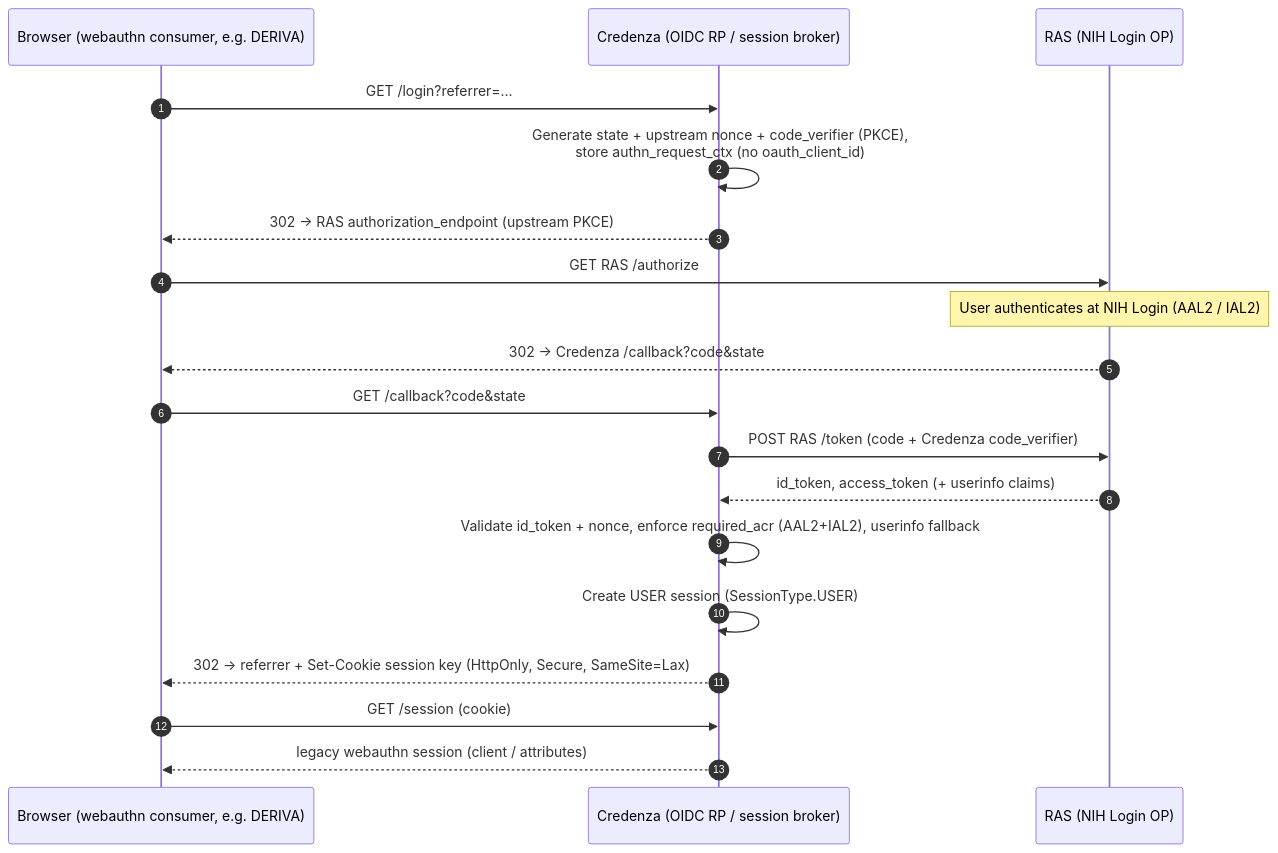
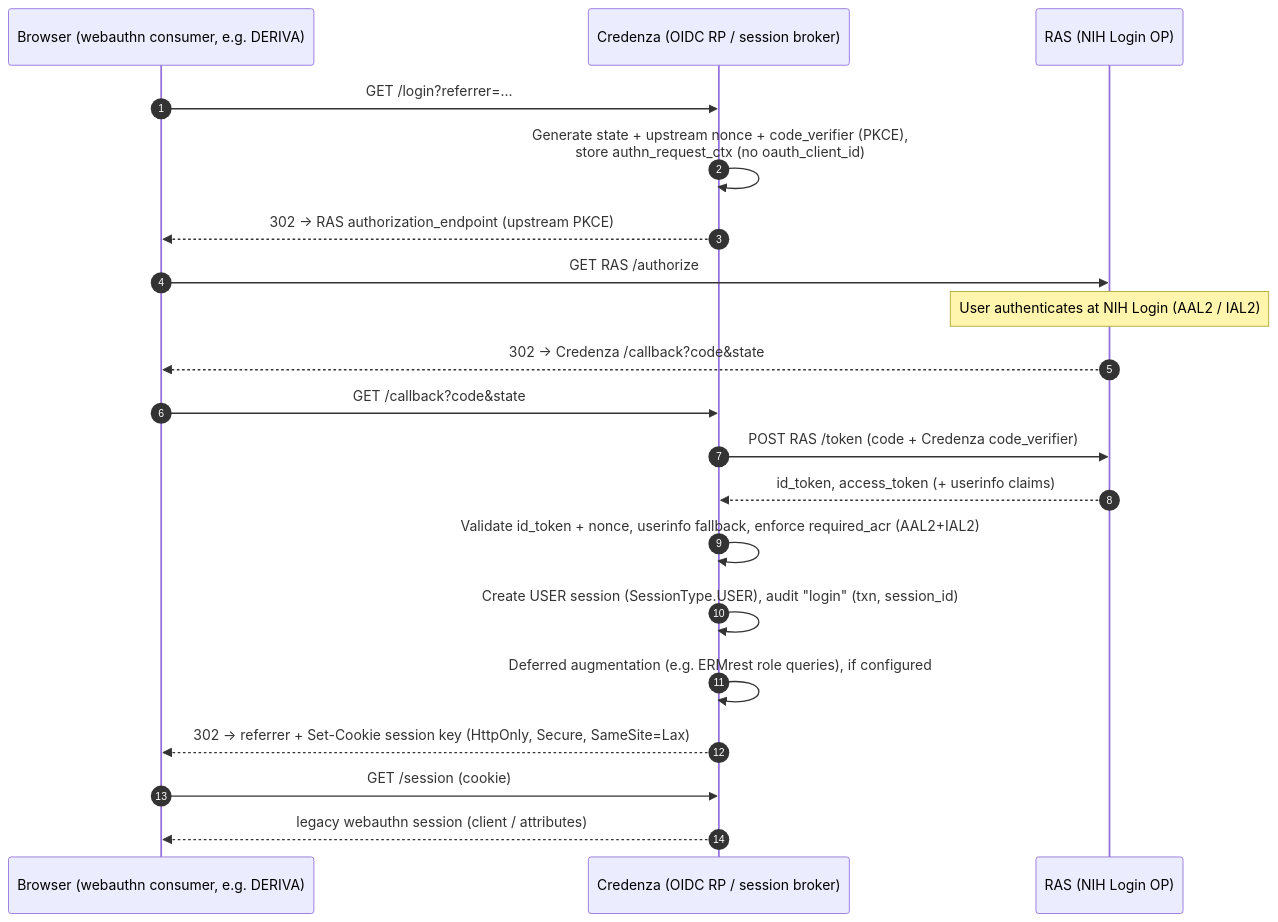
Before and after one commit to informatics-isi-edu/credenza: the second of 4 diagrams in docs/nih-ras-oidc-flows.md, drawn with Mermaid. The commit also changed other lines of this file and 16 other files, not shown here.

````diff
--- a/docs/nih-ras-oidc-flows.md
+++ b/docs/nih-ras-oidc-flows.md
@@ -135,22 +166,23 @@
 ```mermaid
 sequenceDiagram
     autonumber
     participant C as Browser (webauthn consumer, e.g. DERIVA)
     participant Z as Credenza (OIDC RP / session broker)
     participant R as RAS (NIH Login OP)
 
     C->>Z: GET /login?referrer=...
     Z->>Z: Generate state + upstream nonce + code_verifier (PKCE),<br/>store authn_request_ctx (no oauth_client_id)
     Z-->>C: 302 -> RAS authorization_endpoint (upstream PKCE)
     C->>R: GET RAS /authorize
     Note over R: User authenticates at NIH Login (AAL2 / IAL2)
     R-->>C: 302 -> Credenza /callback?code&state
     C->>Z: GET /callback?code&state
     Z->>R: POST RAS /token (code + Credenza code_verifier)
     R-->>Z: id_token, access_token (+ userinfo claims)
-    Z->>Z: Validate id_token + nonce, enforce required_acr (AAL2+IAL2), userinfo fallback
-    Z->>Z: Create USER session (SessionType.USER)
+    Z->>Z: Validate id_token + nonce, userinfo fallback, enforce required_acr (AAL2+IAL2)
+    Z->>Z: Create USER session (SessionType.USER), audit "login" (txn, session_id)
+    Z->>Z: Deferred augmentation (e.g. ERMrest role queries), if configured
     Z-->>C: 302 -> referrer + Set-Cookie session key (HttpOnly, Secure, SameSite=Lax)
     C->>Z: GET /session (cookie)
     Z-->>C: legacy webauthn session (client / attributes)
 ```
````
